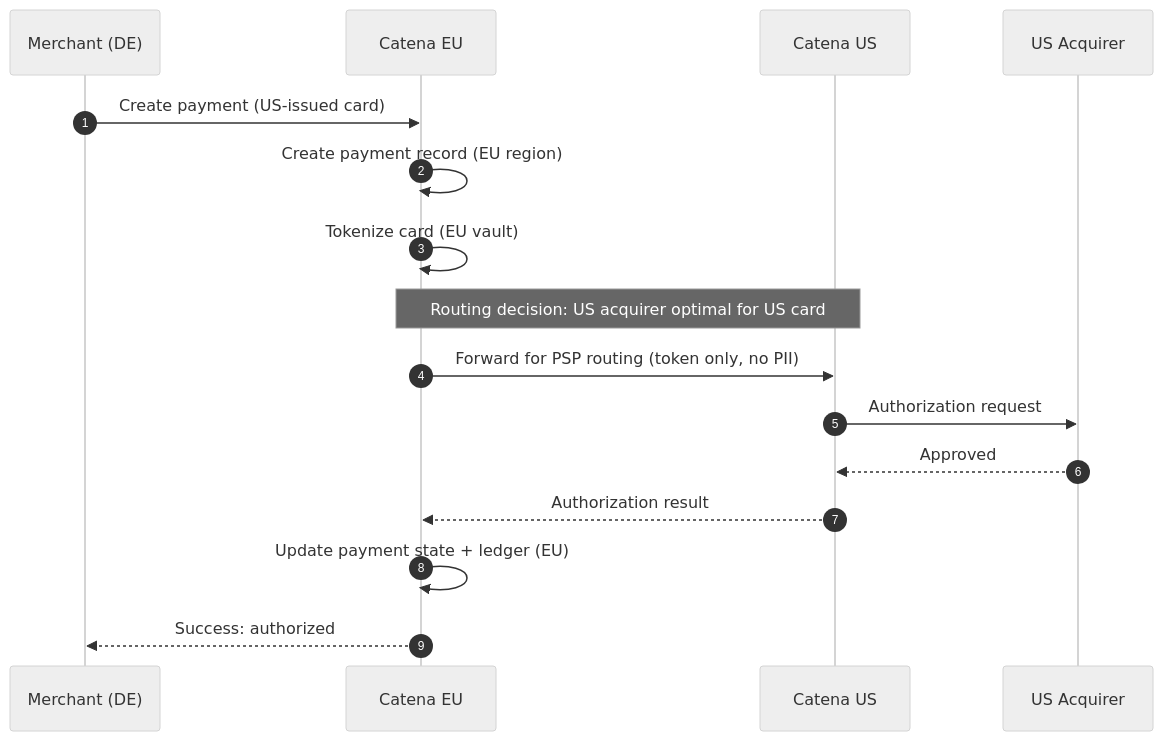
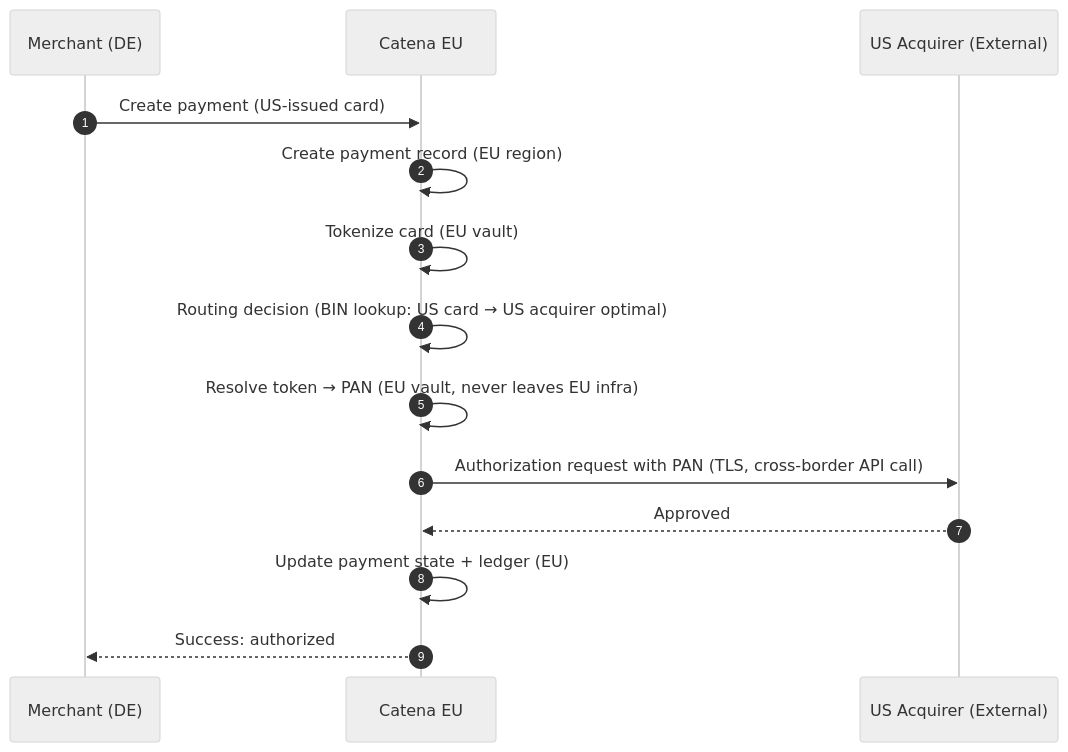
One commit to ashishthakur913/catenadocs changed diagram 13 of 16 in PRD.md. Above: the diagram before and after it, drawn with Mermaid (neutral theme). The commit also changed other lines of this file and 1 other file, not shown here.

````diff
--- a/PRD.md
+++ b/PRD.md
@@ -1082,21 +1085,17 @@
 ```mermaid
 sequenceDiagram
     autonumber
     participant M as Merchant (DE)
     participant EU as Catena EU
-    participant US as Catena US
-    participant PSP as US Acquirer
+    participant PSP as US Acquirer (External)
     
     M->>EU: Create payment (US-issued card)
     EU->>EU: Create payment record (EU region)
     EU->>EU: Tokenize card (EU vault)
-    
-    Note over EU,US: Routing decision: US acquirer optimal for US card
-    
-    EU->>US: Forward for PSP routing (token only, no PII)
-    US->>PSP: Authorization request
-    PSP-->>US: Approved
-    US-->>EU: Authorization result
+    EU->>EU: Routing decision (BIN lookup: US card → US acquirer optimal)
+    EU->>EU: Resolve token → PAN (EU vault, never leaves EU infra)
+    EU->>PSP: Authorization request with PAN (TLS, cross-border API call)
+    PSP-->>EU: Approved
     EU->>EU: Update payment state + ledger (EU)
     EU-->>M: Success: authorized
 ```
````
